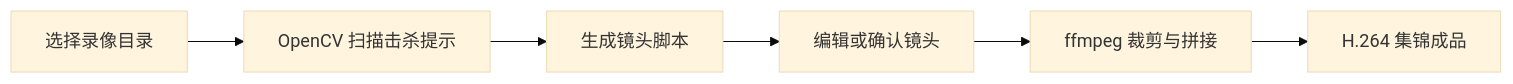
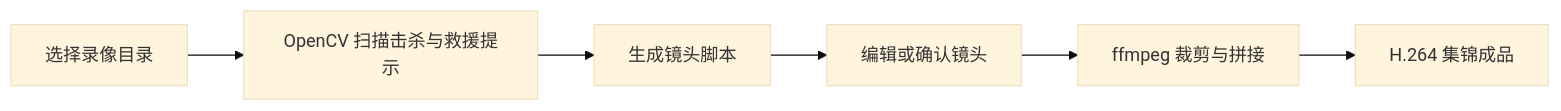
The diagram in README.md (shuaigehuang/Delta-Highlight), drawn with Mermaid (base theme) before and after one commit. The commit also changed other lines of this file and 23 other files, not shown here.

````diff
--- a/README.md
+++ b/README.md
@@ -45,8 +54,8 @@
 ```mermaid
 flowchart LR
-    A[选择录像目录] --> B[OpenCV 扫描击杀提示]
+    A[选择录像目录] --> B[OpenCV 扫描击杀与救援提示]
     B --> C[生成镜头脚本]
     C --> D[编辑或确认镜头]
     D --> E[ffmpeg 裁剪与拼接]
     E --> F[H.264 集锦成品]
 ```
````
